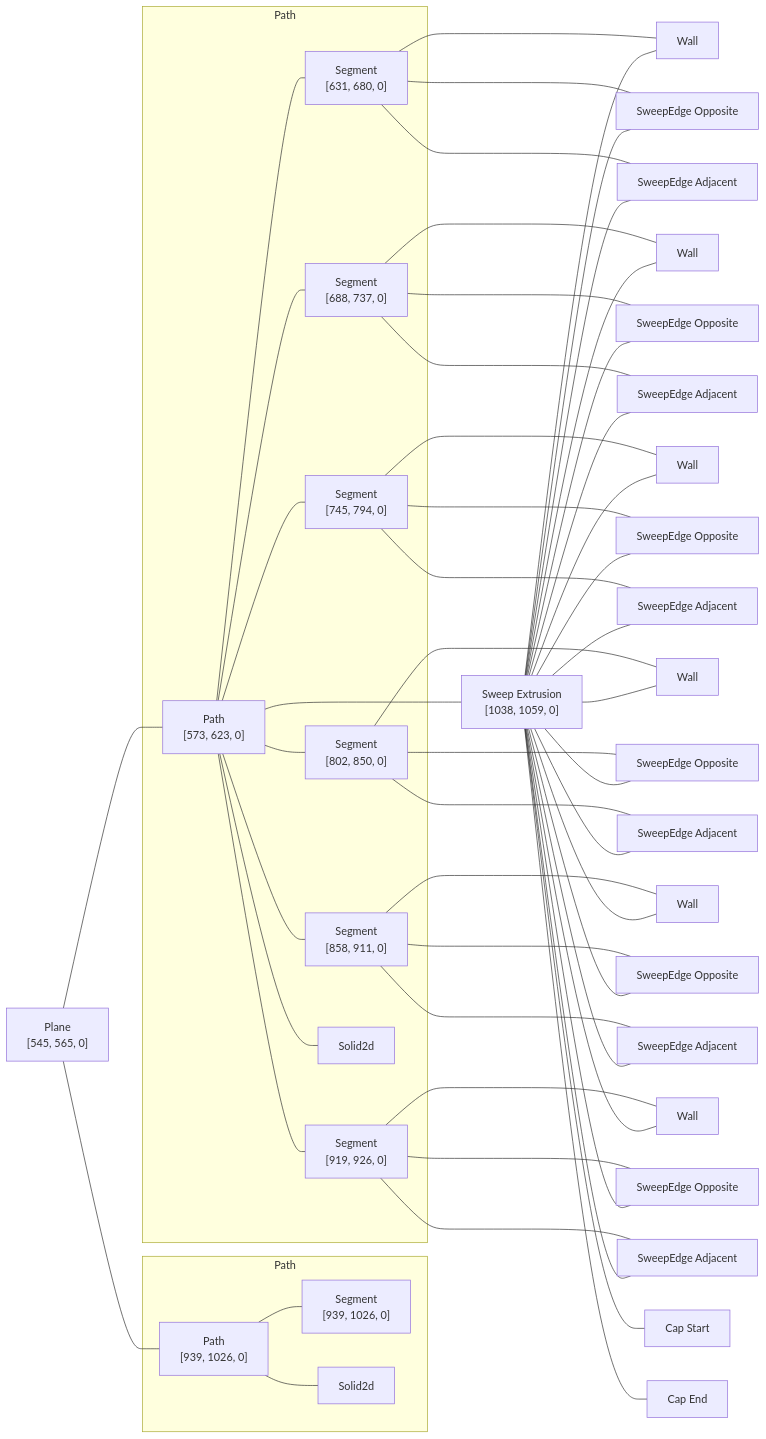
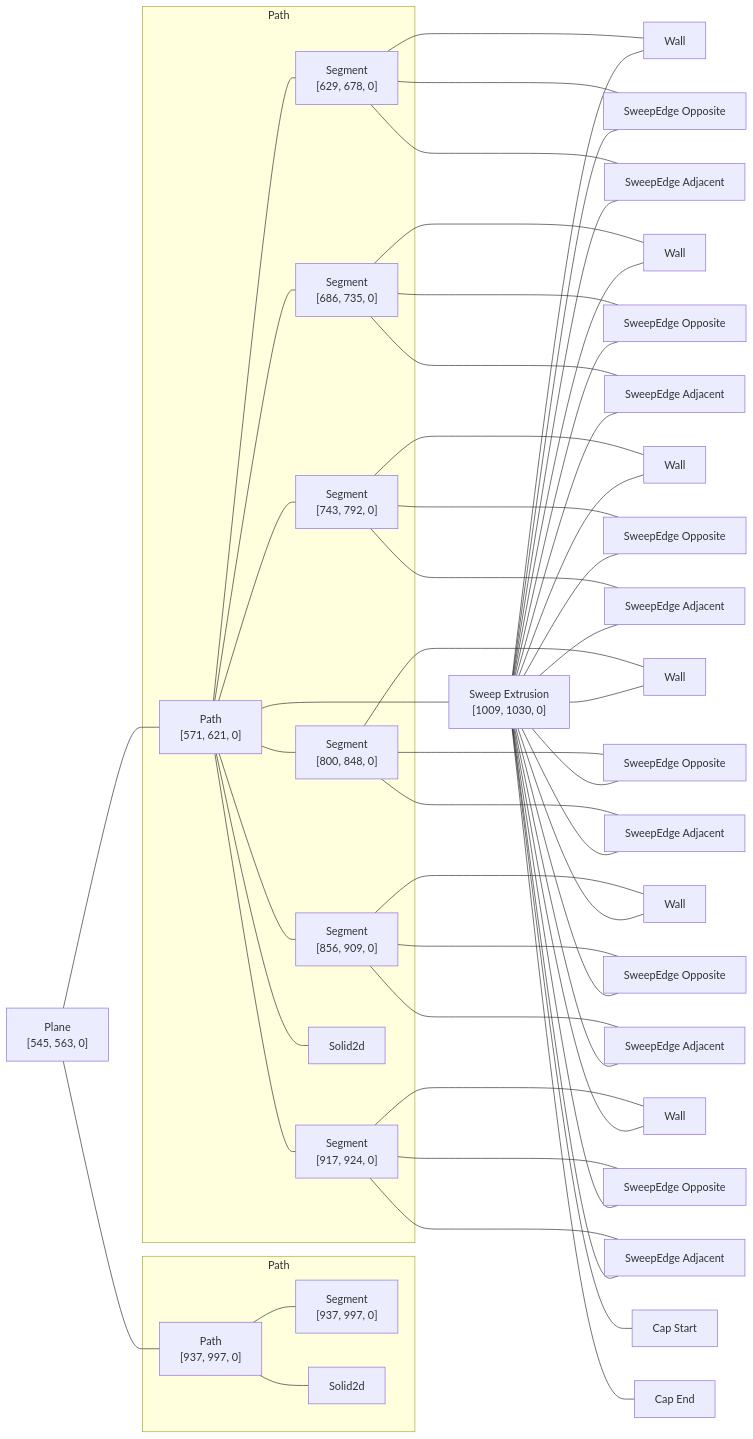
The diagram in rust/kcl-lib/tests/kcl_samples/hex-nut/artifact_graph_flowchart.snap.md (KittyCAD/modeling-app), drawn with Mermaid before and after one commit. The commit also changed 134 other files, not shown here.

````diff
--- a/rust/kcl-lib/tests/kcl_samples/hex-nut/artifact_graph_flowchart.snap.md
+++ b/rust/kcl-lib/tests/kcl_samples/hex-nut/artifact_graph_flowchart.snap.md
@@ -1,22 +1,22 @@
 ```mermaid
 flowchart LR
   subgraph path2 [Path]
-    2["Path<br>[573, 623, 0]"]
-    3["Segment<br>[631, 680, 0]"]
-    4["Segment<br>[688, 737, 0]"]
-    5["Segment<br>[745, 794, 0]"]
-    6["Segment<br>[802, 850, 0]"]
-    7["Segment<br>[858, 911, 0]"]
-    8["Segment<br>[919, 926, 0]"]
+    2["Path<br>[571, 621, 0]"]
+    3["Segment<br>[629, 678, 0]"]
+    4["Segment<br>[686, 735, 0]"]
+    5["Segment<br>[743, 792, 0]"]
+    6["Segment<br>[800, 848, 0]"]
+    7["Segment<br>[856, 909, 0]"]
+    8["Segment<br>[917, 924, 0]"]
     9[Solid2d]
   end
   subgraph path10 [Path]
-    10["Path<br>[939, 1026, 0]"]
-    11["Segment<br>[939, 1026, 0]"]
+    10["Path<br>[937, 997, 0]"]
+    11["Segment<br>[937, 997, 0]"]
     12[Solid2d]
   end
-  1["Plane<br>[545, 565, 0]"]
-  13["Sweep Extrusion<br>[1038, 1059, 0]"]
+  1["Plane<br>[545, 563, 0]"]
+  13["Sweep Extrusion<br>[1009, 1030, 0]"]
   14[Wall]
   15[Wall]
   16[Wall]
````
